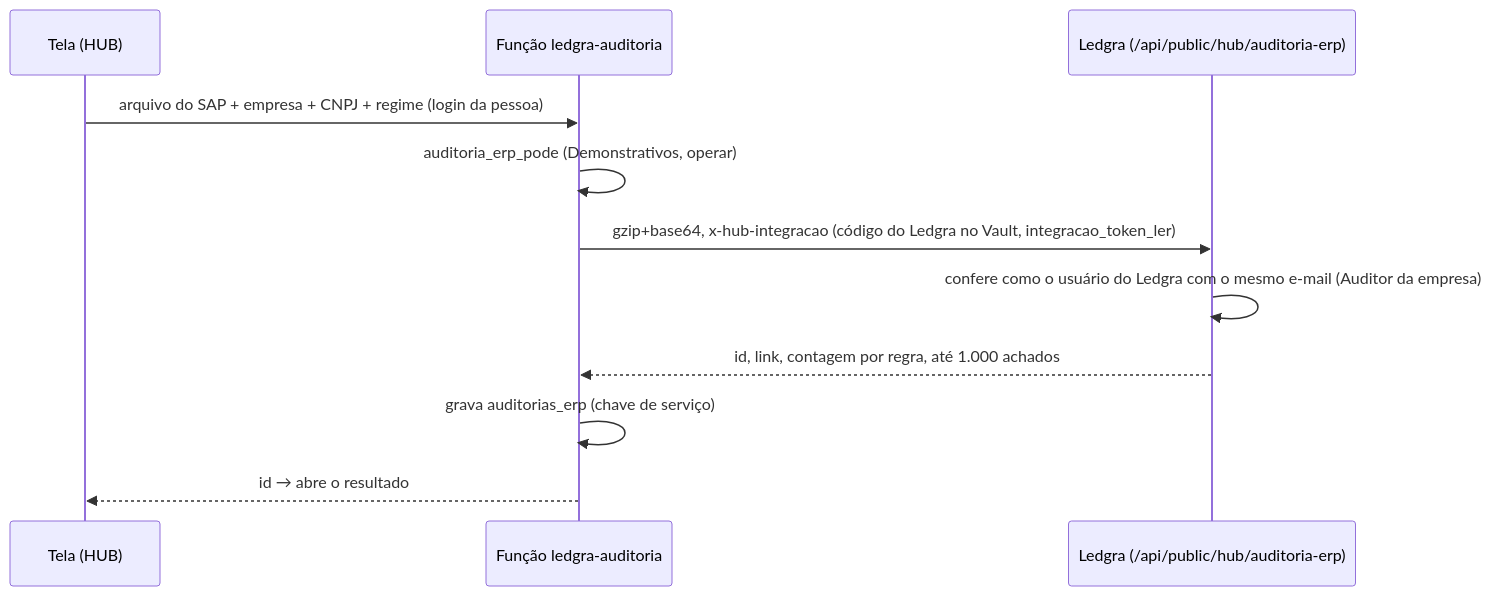
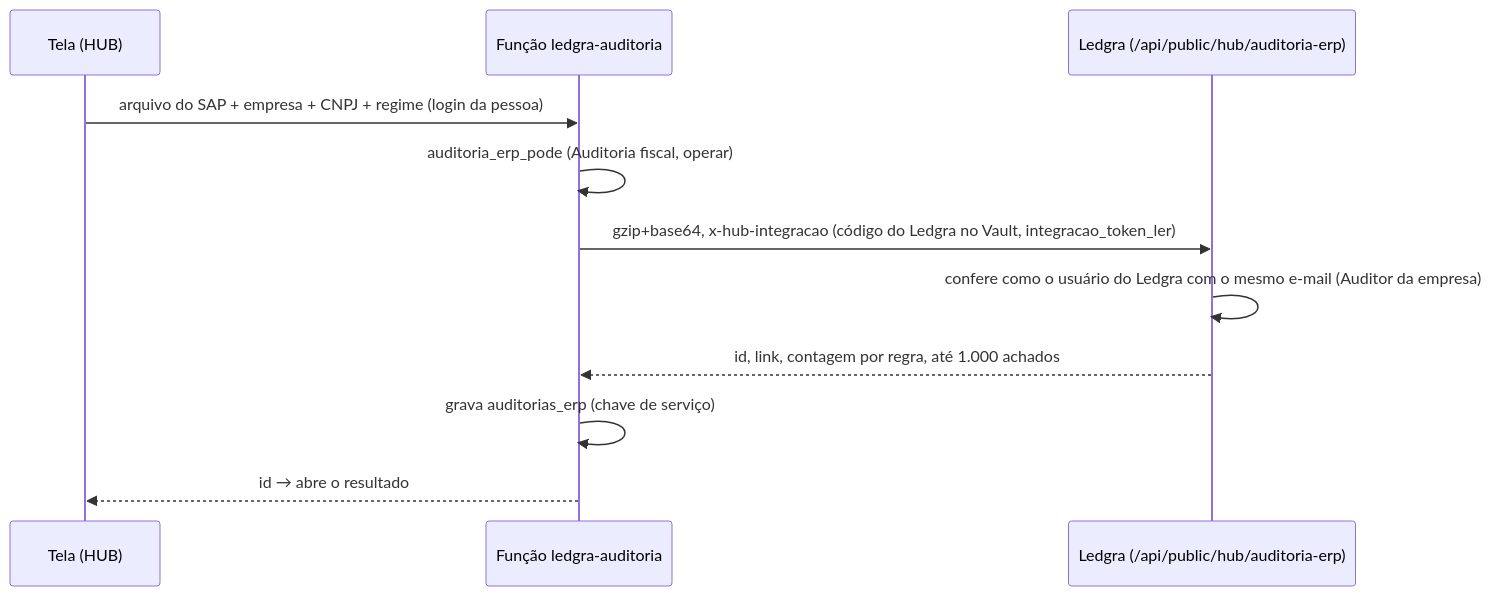
The third of 3 diagrams in docs/modulos/demonstrativos.md (MdcAssessoria/mdc-tarefas), drawn with Mermaid before and after one commit. The commit also changed other lines of this file and 20 other files, not shown here.

First line of the commit message:
Auditoria fiscal: módulo próprio e Regras de validação com o Ledgra (125) (#64)

````diff
--- a/docs/modulos/demonstrativos.md
+++ b/docs/modulos/demonstrativos.md
@@ -142,13 +146,13 @@
 ```mermaid
 sequenceDiagram
     participant Tela as Tela (HUB)
     participant F as Função ledgra-auditoria
     participant L as Ledgra (/api/public/hub/auditoria-erp)
     Tela->>F: arquivo do SAP + empresa + CNPJ + regime (login da pessoa)
-    F->>F: auditoria_erp_pode (Demonstrativos, operar)
+    F->>F: auditoria_erp_pode (Auditoria fiscal, operar)
     F->>L: gzip+base64, x-hub-integracao (código do Ledgra no Vault, integracao_token_ler)
     L->>L: confere como o usuário do Ledgra com o mesmo e-mail (Auditor da empresa)
     L-->>F: id, link, contagem por regra, até 1.000 achados
     F->>F: grava auditorias_erp (chave de serviço)
     F-->>Tela: id → abre o resultado
 ```
````
